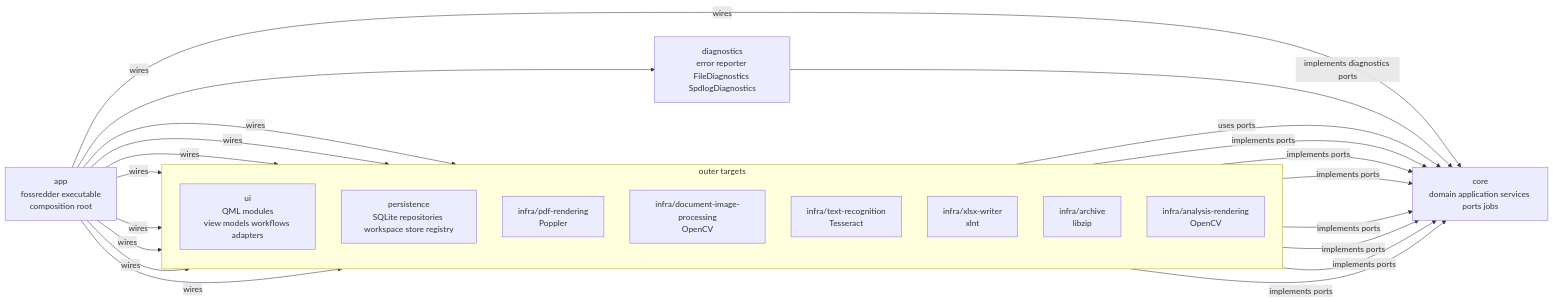
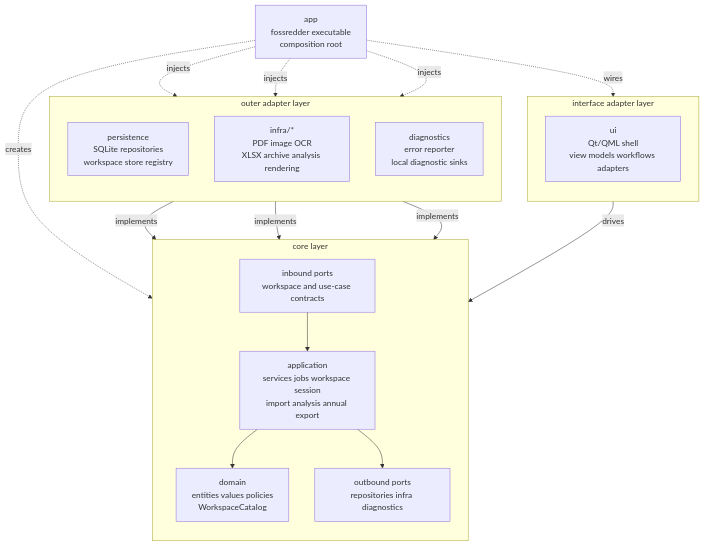
One commit to Wiiii90/FOSSredder changed the second of 19 diagrams in docs/DESIGN.md. Above: the diagram before and after it, drawn with Mermaid. The commit also changed other lines of this file and 6 other files, not shown here.

````diff
--- a/docs/DESIGN.md
+++ b/docs/DESIGN.md
@@ -151,41 +127,39 @@
 ```mermaid
-flowchart LR
+flowchart TB
   App["app<br/>fossredder executable<br/>composition root"]
 
-  subgraph OuterTargets["outer targets"]
+  subgraph InterfaceLayer["interface adapter layer"]
     direction TB
-    UI["ui<br/>QML modules<br/>view models workflows adapters"]
-    Persistence["persistence<br/>SQLite repositories workspace store registry"]
-    InfraPdf["infra/pdf-rendering<br/>Poppler"]
-    InfraImage["infra/document-image-processing<br/>OpenCV"]
-    InfraText["infra/text-recognition<br/>Tesseract"]
-    InfraXlsx["infra/xlsx-writer<br/>xlnt"]
-    InfraArchive["infra/archive<br/>libzip"]
-    InfraAnalysis["infra/analysis-rendering<br/>OpenCV"]
+    UI["ui<br/>Qt/QML shell<br/>view models workflows adapters"]
   end
 
-  Core["core<br/>domain application services ports jobs"]
-  Diagnostics["diagnostics<br/>error reporter FileDiagnostics SpdlogDiagnostics"]
+  subgraph CoreLayer["core layer"]
+    direction TB
+    InboundPorts["inbound ports<br/>workspace and use-case contracts"]
+    Application["application<br/>services jobs workspace session<br/>import analysis annual export"]
+    Domain["domain<br/>entities values policies<br/>WorkspaceCatalog"]
+    OutboundPorts["outbound ports<br/>repositories infra diagnostics"]
 
-  App -->|wires| UI
-  App -->|wires| Persistence
-  App -->|wires| InfraPdf
-  App -->|wires| InfraImage
-  App -->|wires| InfraText
-  App -->|wires| InfraXlsx
-  App -->|wires| InfraArchive
-  App -->|wires| InfraAnalysis
-  App -->|wires| Core
-  App -->|wires| Diagnostics
+    InboundPorts --> Application
+    Application --> Domain
+    Application --> OutboundPorts
+  end
 
-  UI -->|uses ports| Core
-  Persistence -->|implements ports| Core
-  InfraPdf -->|implements ports| Core
-  InfraImage -->|implements ports| Core
-  InfraText -->|implements ports| Core
-  InfraXlsx -->|implements ports| Core
-  InfraArchive -->|implements ports| Core
-  InfraAnalysis -->|implements ports| Core
+  subgraph AdapterLayer["outer adapter layer"]
+    direction TB
+    Persistence["persistence<br/>SQLite repositories<br/>workspace store registry"]
+    Infra["infra/*<br/>PDF image OCR<br/>XLSX archive analysis rendering"]
+    Diagnostics["diagnostics<br/>error reporter<br/>local diagnostic sinks"]
+  end
 
-  Diagnostics -->|implements diagnostics ports| Core
+  UI -->|drives| InboundPorts
+  Persistence -->|implements| OutboundPorts
+  Infra -->|implements| OutboundPorts
+  Diagnostics -->|implements| OutboundPorts
+
+  App -. wires .-> UI
+  App -. creates .-> Application
+  App -. injects .-> Persistence
+  App -. injects .-> Infra
+  App -. injects .-> Diagnostics
 ```
````
